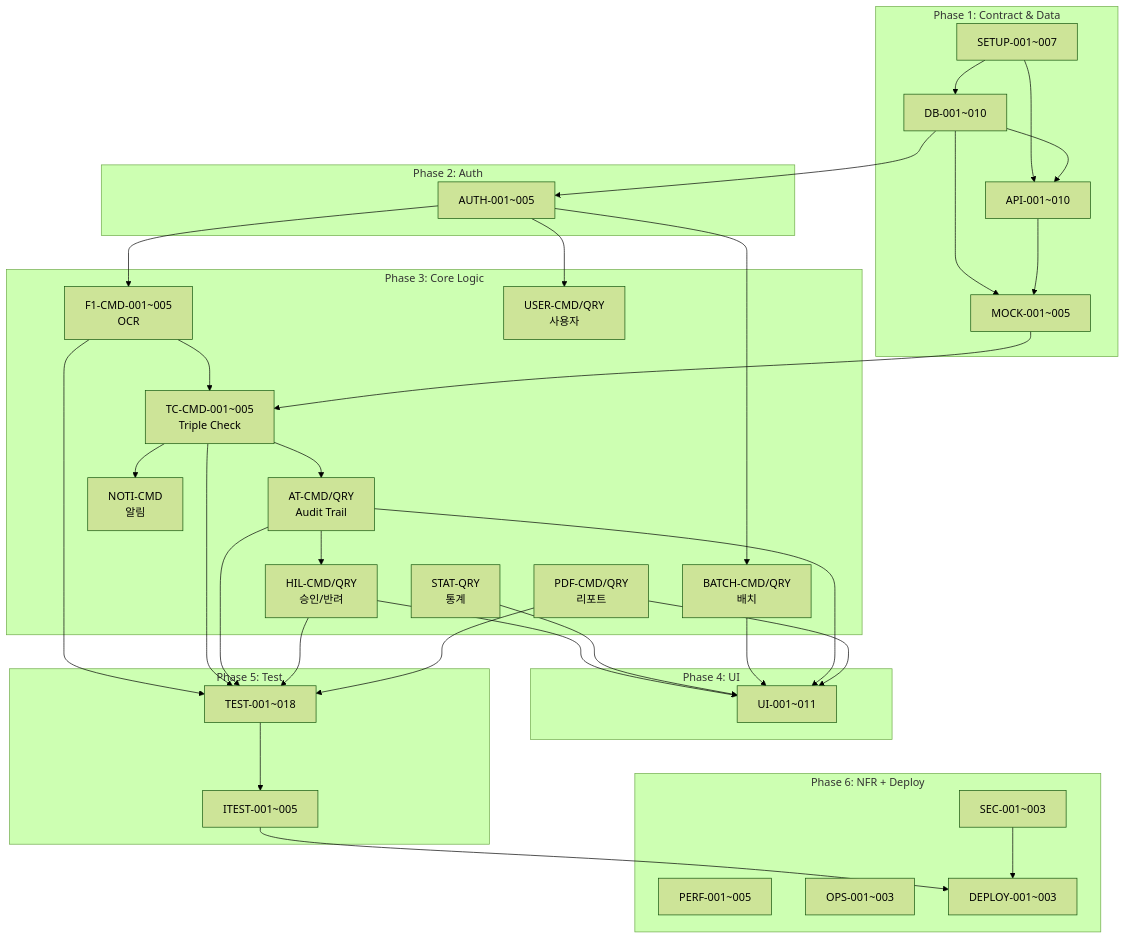
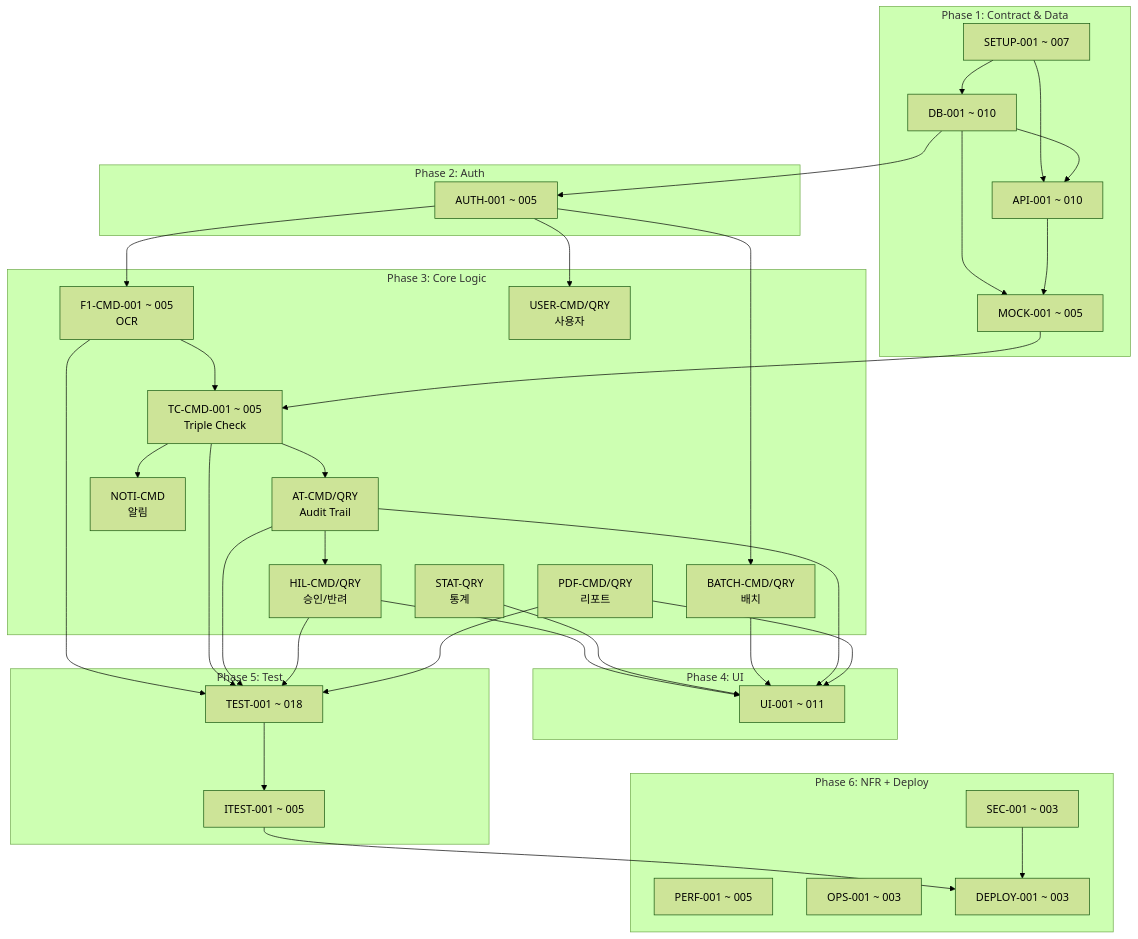
The diagram in 3. TASKS/0. History/TASK-LIST-HR-AI-Verification-v0.1.md (BooleanHR/SRS-from-PRD-HR-BooleanAI-info), drawn with Mermaid (forest theme) before and after one commit. The commit also changed other lines of this file and 49 other files, not shown here.

````diff
--- a/3. TASKS/0. History/TASK-LIST-HR-AI-Verification-v0.1.md
+++ b/3. TASKS/0. History/TASK-LIST-HR-AI-Verification-v0.1.md
@@ -430,51 +430,51 @@
 ```mermaid
 graph TD
     subgraph P1["Phase 1: Contract & Data"]
-        SETUP["SETUP-001~007"] --> DB["DB-001~010"]
-        SETUP --> API["API-001~010"]
+        SETUP["SETUP-001 ~ 007"] --> DB["DB-001 ~ 010"]
+        SETUP --> API["API-001 ~ 010"]
         DB --> API
-        DB --> MOCK["MOCK-001~005"]
+        DB --> MOCK["MOCK-001 ~ 005"]
         API --> MOCK
     end
 
     subgraph P2["Phase 2: Auth"]
-        AUTH["AUTH-001~005"]
+        AUTH["AUTH-001 ~ 005"]
     end
 
     subgraph P3["Phase 3: Core Logic"]
-        F1["F1-CMD-001~005<br/>OCR"]
-        TC["TC-CMD-001~005<br/>Triple Check"]
+        F1["F1-CMD-001 ~ 005<br/>OCR"]
+        TC["TC-CMD-001 ~ 005<br/>Triple Check"]
         AT["AT-CMD/QRY<br/>Audit Trail"]
         HIL["HIL-CMD/QRY<br/>승인/반려"]
         PDF["PDF-CMD/QRY<br/>리포트"]
         NOTI["NOTI-CMD<br/>알림"]
         STAT["STAT-QRY<br/>통계"]
         BATCH["BATCH-CMD/QRY<br/>배치"]
         USER_M["USER-CMD/QRY<br/>사용자"]
     end
 
     subgraph P4["Phase 4: UI"]
-        UI["UI-001~011"]
+        UI["UI-001 ~ 011"]
     end
 
     subgraph P5["Phase 5: Test"]
-        TEST["TEST-001~018"] --> ITEST["ITEST-001~005"]
+        TEST["TEST-001 ~ 018"] --> ITEST["ITEST-001 ~ 005"]
     end
 
     subgraph P6["Phase 6: NFR + Deploy"]
-        SEC["SEC-001~003"]
-        PERF["PERF-001~005"]
-        OPS["OPS-001~003"]
-        DEPLOY["DEPLOY-001~003"]
+        SEC["SEC-001 ~ 003"]
+        PERF["PERF-001 ~ 005"]
+        OPS["OPS-001 ~ 003"]
+        DEPLOY["DEPLOY-001 ~ 003"]
     end
 
     DB --> AUTH
     AUTH --> F1 --> TC --> AT --> HIL
     TC --> NOTI
     MOCK --> TC
     AUTH --> BATCH & USER_M
     HIL & STAT & BATCH --> UI
     AT & PDF --> UI
     F1 & TC & AT & HIL & PDF --> TEST
     ITEST & SEC --> DEPLOY
 ```
````
